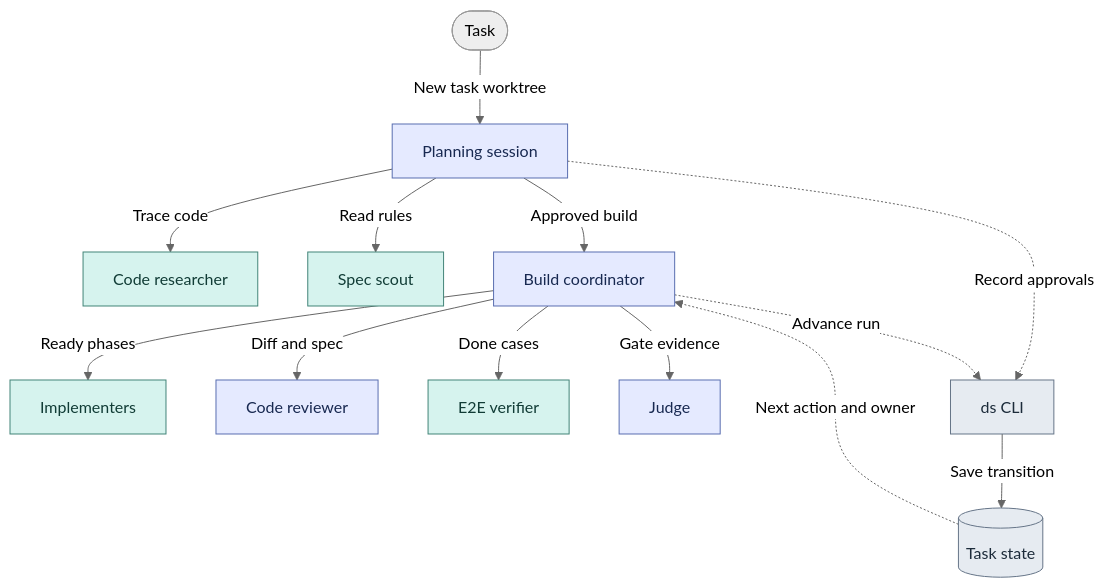
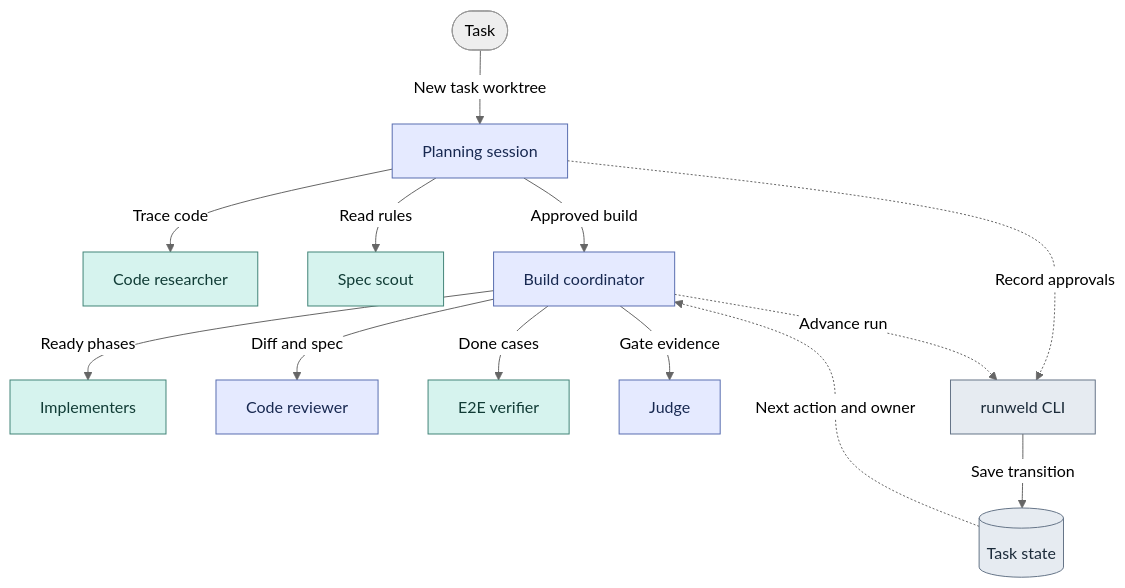
Before and after one commit to bmox0/dev-skills: the first of 6 diagrams in README.md, drawn with Mermaid (neutral theme). The commit also changed other lines of this file and 38 other files, not shown here.

Commit message:
feat(cli): rename the workflow CLI and entry skill to runweld

````diff
--- a/README.md
+++ b/README.md
@@ -53,18 +53,18 @@
 ```mermaid
 flowchart TD
     task(["Task"]) -->|"New task worktree"| planner["Planning session"]:::primary
     planner -->|"Trace code"| code["Code researcher"]:::secondary
     planner -->|"Read rules"| scout["Spec scout"]:::secondary
     planner -->|"Approved build"| coord["Build coordinator"]:::primary
     coord -->|"Ready phases"| implement["Implementers"]:::secondary
     coord -->|"Diff and spec"| review["Code reviewer"]:::primary
     coord -->|"Done cases"| verify["E2E verifier"]:::secondary
     coord -->|"Gate evidence"| judge["Judge"]:::primary
-    planner -.->|"Record approvals"| cli["ds CLI"]:::cli
+    planner -.->|"Record approvals"| cli["runweld CLI"]:::cli
     coord -.->|"Advance run"| cli
     cli -->|"Save transition"| records[("Task state")]:::cli
     records -.->|"Next action and owner"| coord
     classDef secondary fill:#d6f3ee,stroke:#428478,color:#113c36
     classDef primary fill:#e5eaff,stroke:#596eb0,color:#182951
     classDef cli fill:#e6ebf1,stroke:#667588,color:#1c2b3a
 ```
````
